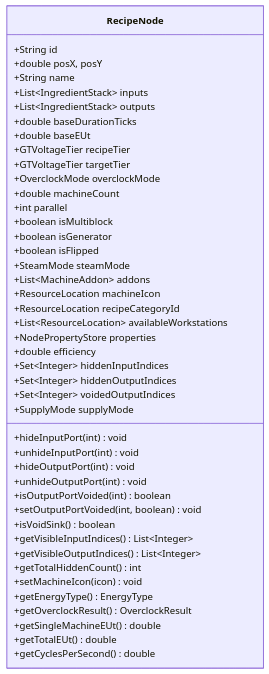
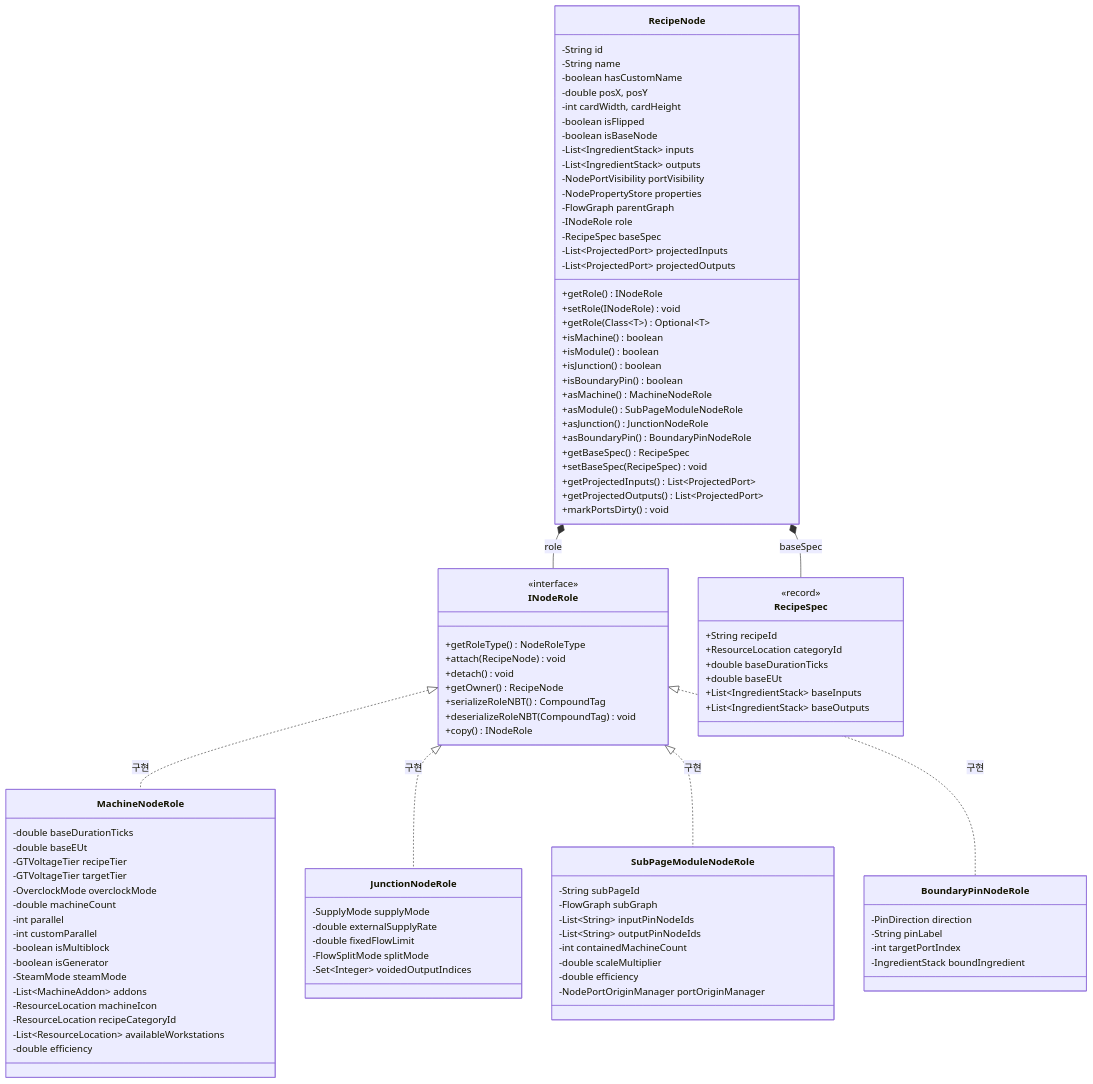
One commit to Amvermain/GregTechCalculatorBoard changed the first of 3 diagrams in docs/ko_kr/spec/01_CORE_DOMAIN_AND_MODELS.md. Above: the diagram before and after it, drawn with Mermaid. The commit also changed other lines of this file and 166 other files, not shown here.

````diff
--- a/docs/ko_kr/spec/01_CORE_DOMAIN_AND_MODELS.md
+++ b/docs/ko_kr/spec/01_CORE_DOMAIN_AND_MODELS.md
@@ -52,47 +53,110 @@
 ```mermaid
 classDiagram
     class RecipeNode {
-        +String id
-        +double posX, posY
-        +String name
-        +List~IngredientStack~ inputs
-        +List~IngredientStack~ outputs
+        -String id
+        -String name
+        -boolean hasCustomName
+        -double posX, posY
+        -int cardWidth, cardHeight
+        -boolean isFlipped
+        -boolean isBaseNode
+        -List~IngredientStack~ inputs
+        -List~IngredientStack~ outputs
+        -NodePortVisibility portVisibility
+        -NodePropertyStore properties
+        -FlowGraph parentGraph
+        -INodeRole role
+        -RecipeSpec baseSpec
+        -List~ProjectedPort~ projectedInputs
+        -List~ProjectedPort~ projectedOutputs
+        +getRole() INodeRole
+        +setRole(INodeRole) void
+        +getRole(Class~T~) Optional~T~
+        +isMachine() boolean
+        +isModule() boolean
+        +isJunction() boolean
+        +isBoundaryPin() boolean
+        +asMachine() MachineNodeRole
+        +asModule() SubPageModuleNodeRole
+        +asJunction() JunctionNodeRole
+        +asBoundaryPin() BoundaryPinNodeRole
+        +getBaseSpec() RecipeSpec
+        +setBaseSpec(RecipeSpec) void
+        +getProjectedInputs() List~ProjectedPort~
+        +getProjectedOutputs() List~ProjectedPort~
+        +markPortsDirty() void
+    }
+
+    class INodeRole {
+        <<interface>>
+        +getRoleType() NodeRoleType
+        +attach(RecipeNode) void
+        +detach() void
+        +getOwner() RecipeNode
+        +serializeRoleNBT() CompoundTag
+        +deserializeRoleNBT(CompoundTag) void
+        +copy() INodeRole
+    }
+
+    class MachineNodeRole {
+        -double baseDurationTicks
+        -double baseEUt
+        -GTVoltageTier recipeTier
+        -GTVoltageTier targetTier
+        -OverclockMode overclockMode
+        -double machineCount
+        -int parallel
+        -int customParallel
+        -boolean isMultiblock
+        -boolean isGenerator
+        -SteamMode steamMode
+        -List~MachineAddon~ addons
+        -ResourceLocation machineIcon
+        -ResourceLocation recipeCategoryId
+        -List~ResourceLocation~ availableWorkstations
+        -double efficiency
+    }
+
+    class JunctionNodeRole {
+        -SupplyMode supplyMode
+        -double externalSupplyRate
+        -double fixedFlowLimit
+        -FlowSplitMode splitMode
+        -Set~Integer~ voidedOutputIndices
+    }
+
+    class SubPageModuleNodeRole {
+        -String subPageId
+        -FlowGraph subGraph
+        -List~String~ inputPinNodeIds
+        -List~String~ outputPinNodeIds
+        -int containedMachineCount
+        -double scaleMultiplier
+        -double efficiency
+        -NodePortOriginManager portOriginManager
+    }
+
+    class BoundaryPinNodeRole {
+        -PinDirection direction
+        -String pinLabel
+        -int targetPortIndex
+        -IngredientStack boundIngredient
+    }
+
+    class RecipeSpec {
+        <<record>>
+        +String recipeId
+        +ResourceLocation categoryId
         +double baseDurationTicks
         +double baseEUt
-        +GTVoltageTier recipeTier
-        +GTVoltageTier targetTier
-        +OverclockMode overclockMode
-        +double machineCount
-        +int parallel
-        +boolean isMultiblock
-        +boolean isGenerator
-        +boolean isFlipped
-        +SteamMode steamMode
-        +List~MachineAddon~ addons
-        +ResourceLocation machineIcon
-        +ResourceLocation recipeCategoryId
-        +List~ResourceLocation~ availableWorkstations
-        +NodePropertyStore properties
-        +double efficiency
-        +Set~Integer~ hiddenInputIndices
-        +Set~Integer~ hiddenOutputIndices
-        +Set~Integer~ voidedOutputIndices
-        +SupplyMode supplyMode
-        +hideInputPort(int) void
-        +unhideInputPort(int) void
-        +hideOutputPort(int) void
-        +unhideOutputPort(int) void
-        +isOutputPortVoided(int) boolean
-        +setOutputPortVoided(int, boolean) void
-        +isVoidSink() boolean
-        +getVisibleInputIndices() List~Integer~
-        +getVisibleOutputIndices() List~Integer~
-        +getTotalHiddenCount() int
-        +setMachineIcon(icon) void
-        +getEnergyType() EnergyType
-        +getOverclockResult() OverclockResult
-        +getSingleMachineEUt() double
-        +getTotalEUt() double
-        +getCyclesPerSecond() double
+        +List~IngredientStack~ baseInputs
+        +List~IngredientStack~ baseOutputs
     }
+
+    RecipeNode *-- INodeRole : role
+    RecipeNode *-- RecipeSpec : baseSpec
+    INodeRole <|.. MachineNodeRole : 구현
+    INodeRole <|.. JunctionNodeRole : 구현
+    INodeRole <|.. SubPageModuleNodeRole : 구현
+    INodeRole <|.. BoundaryPinNodeRole : 구현
 ```
````
